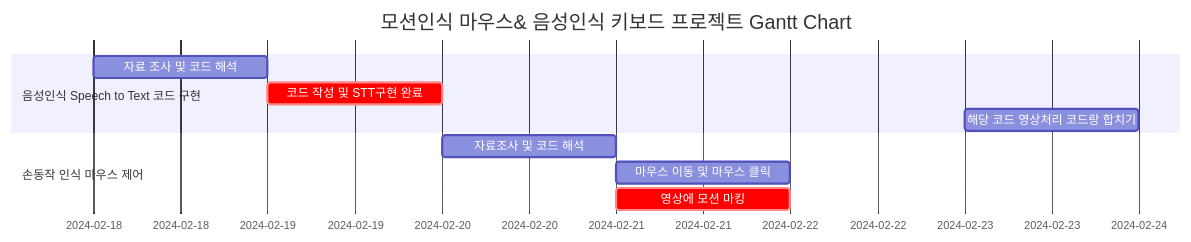
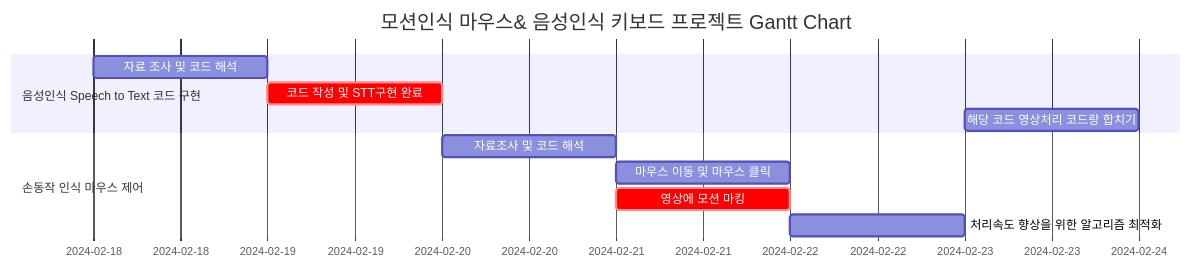
Before and after one commit to CodeMystero/motionKeyboardMouse: the diagram in README.md, drawn with Mermaid.

````diff
--- a/README.md
+++ b/README.md
@@ -58,15 +58,16 @@
 ```mermaid
 gantt
     dateFormat  MM-DD-YYYY
     title       모션인식 마우스& 음성인식 키보드 프로젝트 Gantt Chart
 	
 	section 음성인식 Speech to Text 코드 구현
 		자료 조사 및 코드 해석 :2024-02-18, 1d
                 코드 작성 및 STT구현 완료  :crit, 2024-02-19, 1d
 		해당 코드 영상처리 코드랑 합치기 :2024-02-23, 1d
 	
 	section 손동작 인식 마우스 제어
 		자료조사 및 코드 해석	: 2024-02-20, 1d
 		마우스 이동 및 마우스 클릭 : 2024-02-21, 1d
                 영상에 모션 마킹  :crit, 2024-02-21, 1d
+		처리속도 향상을 위한 알고리즘 최적화	: 2024-02-22, 1d
 ```
````
